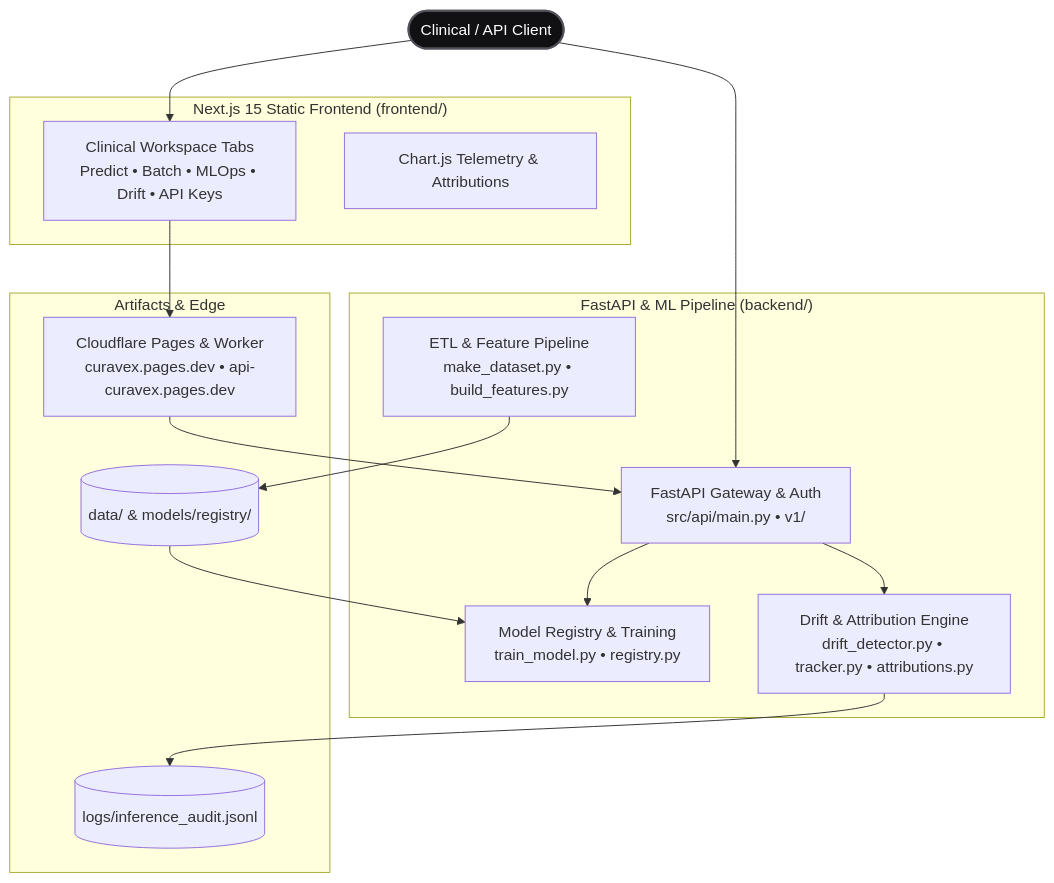
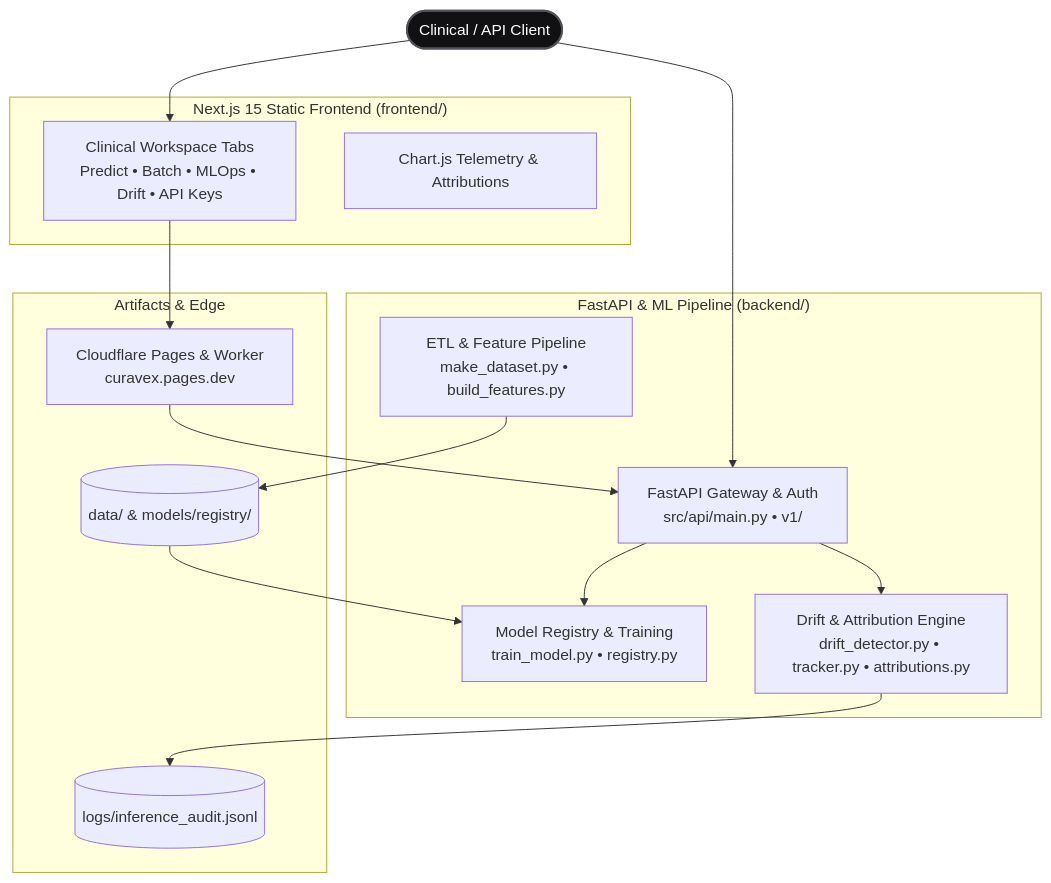
Before and after one commit to krishujeniya/curavex: the diagram in README.md, drawn with Mermaid. The commit also changed other lines of this file, not shown here.

Commit message:
docs: remove api-curavex.pages.dev and redundant links from README

````diff
--- a/README.md
+++ b/README.md
@@ -28,32 +28,32 @@
 ```mermaid
 flowchart TD
     User(["Clinical / API Client"]):::client
 
     subgraph Frontend["Next.js 15 Static Frontend (frontend/)"]
         UI["Clinical Workspace Tabs<br/>Predict • Batch • MLOps • Drift • API Keys"]
         Charts["Chart.js Telemetry & Attributions"]
     end
 
     subgraph Backend["FastAPI & ML Pipeline (backend/)"]
         API["FastAPI Gateway & Auth<br/>src/api/main.py • v1/"]
         ETL["ETL & Feature Pipeline<br/>make_dataset.py • build_features.py"]
         Reg["Model Registry & Training<br/>train_model.py • registry.py"]
         Mon["Drift & Attribution Engine<br/>drift_detector.py • tracker.py • attributions.py"]
     end
 
     subgraph Storage["Artifacts & Edge"]
         Data[("data/ & models/registry/")]
         Logs[("logs/inference_audit.jsonl")]
-        Edge["Cloudflare Pages & Worker<br/>curavex.pages.dev • api-curavex.pages.dev"]
+        Edge["Cloudflare Pages & Worker<br/>curavex.pages.dev"]
     end
 
     User --> UI
     User --> API
     UI --> Edge --> API
     API --> Reg
     API --> Mon
     ETL --> Data --> Reg
     Mon --> Logs
 
     classDef client fill:#111113,stroke:#52525b,color:#ffffff,stroke-width:2px;
 ```
````
